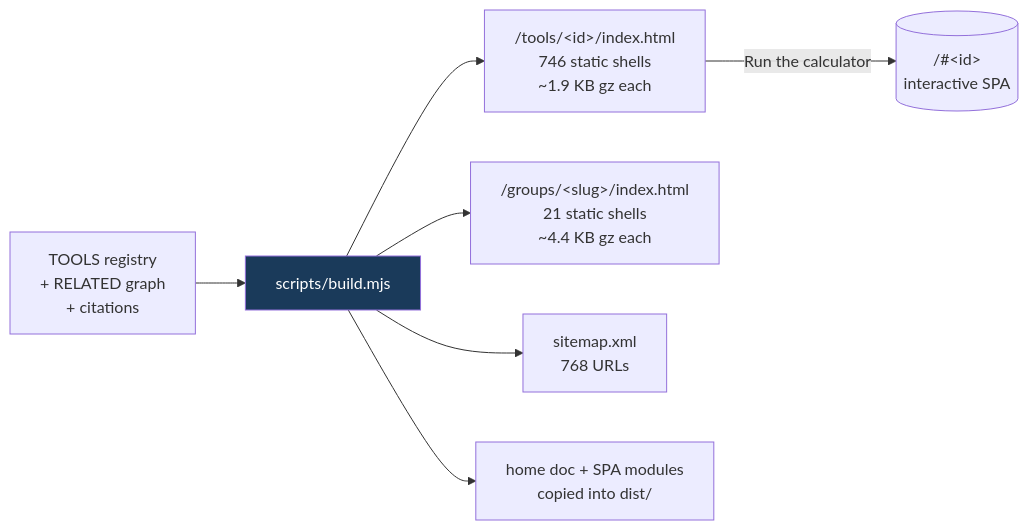
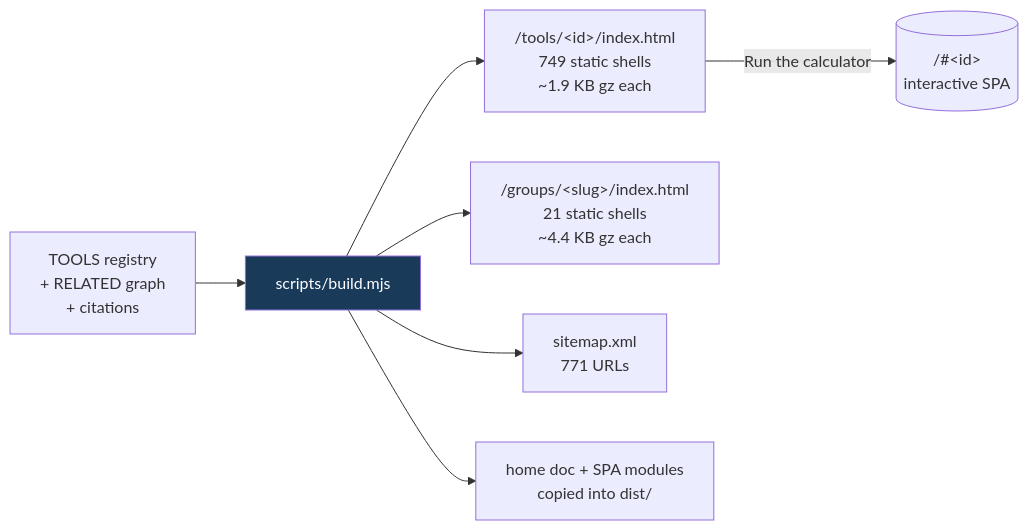
Before and after one commit to clay-good/roughlogic.com: the fifth of 8 diagrams in README.md, drawn with Mermaid. The commit also changed other lines of this file and 21 other files, not shown here.

````diff
--- a/README.md
+++ b/README.md
@@ -495,10 +495,10 @@
 ```mermaid
 flowchart LR
     SRC[TOOLS registry\n+ RELATED graph\n+ citations] --> BUILD[scripts/build.mjs]
-    BUILD --> TILE["/tools/&lt;id&gt;/index.html\n746 static shells\n~1.9 KB gz each"]
+    BUILD --> TILE["/tools/&lt;id&gt;/index.html\n749 static shells\n~1.9 KB gz each"]
     BUILD --> GROUP["/groups/&lt;slug&gt;/index.html\n21 static shells\n~4.4 KB gz each"]
-    BUILD --> MAP["sitemap.xml\n768 URLs"]
+    BUILD --> MAP["sitemap.xml\n771 URLs"]
     BUILD --> COPY[home doc + SPA modules\ncopied into dist/]
     TILE -->|Run the calculator| SPA[("/#&lt;id&gt;\ninteractive SPA")]
     style BUILD fill:#1a3a5a,color:#fff
 ```
````
